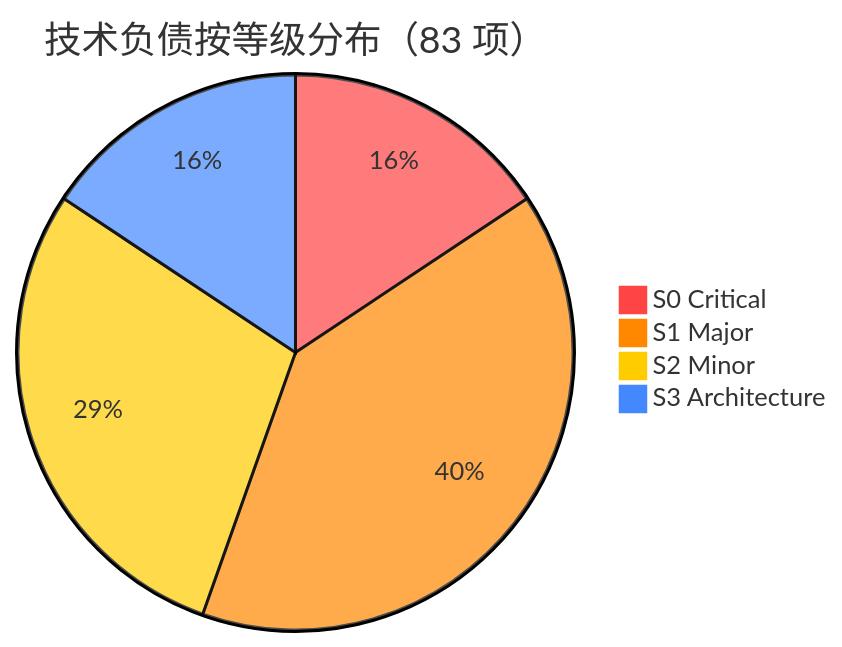
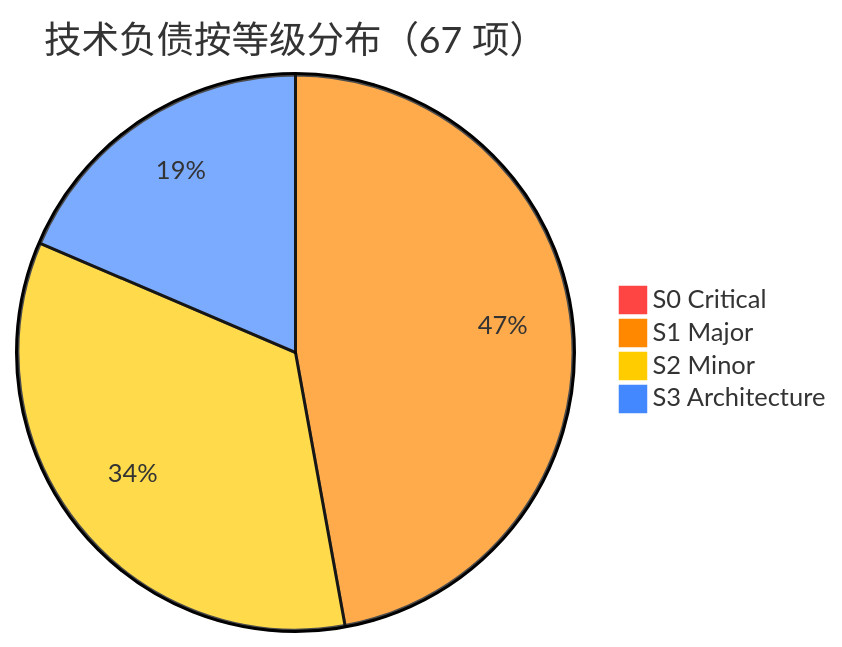
Before and after one commit to j19800/MemALL: the diagram in debt/DASHBOARD.md, drawn with Mermaid. The commit also changed other lines of this file and 6 other files, not shown here.

````diff
--- a/debt/DASHBOARD.md
+++ b/debt/DASHBOARD.md
@@ -10,8 +10,8 @@
 ```mermaid
 %%{init: {'theme': 'base', 'themeVariables': { 'pie1': '#ff4444', 'pie2': '#ff8800', 'pie3': '#ffcc00', 'pie4': '#4488ff'}}}%%
-pie title 技术负债按等级分布（83 项）
-    "S0 Critical" : 13
+pie title 技术负债按等级分布（67 项）
+    "S0 Critical" : 0
     "S1 Major" : 33
     "S2 Minor" : 24
     "S3 Architecture" : 13
 ```
````
